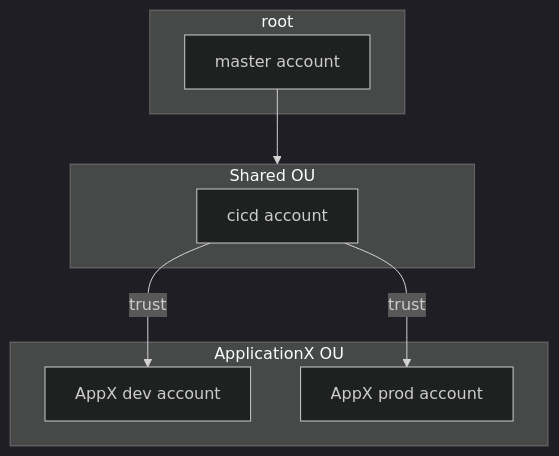
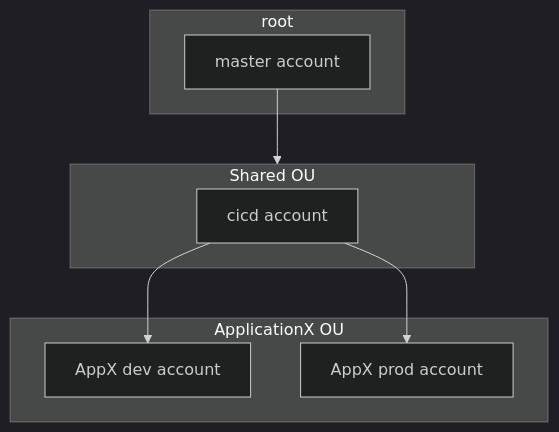
One commit to CatenaryCloudHQ/cdk-pipelines-example-org-formation changed the diagram in README.md. Above: the diagram before and after it, drawn with Mermaid (dark theme). The commit also changed other lines of this file, not shown here.

````diff
--- a/README.md
+++ b/README.md
@@ -39,22 +38,22 @@
 ```mermaid
 
 flowchart TB
     subgraph root
         ma["master account"]
     end
 
     subgraph sharedou["Shared OU"]
         cicd["cicd account"]
     end
 
     subgraph appx["ApplicationX OU"]
         dev["AppX dev account"]
         prod["AppX prod account"]
     end
 
     ma --> sharedou
 
-    cicd -->|trust| dev
+    cicd --> dev
 
-    cicd -->|trust| prod
+    cicd --> prod
 ```
````
